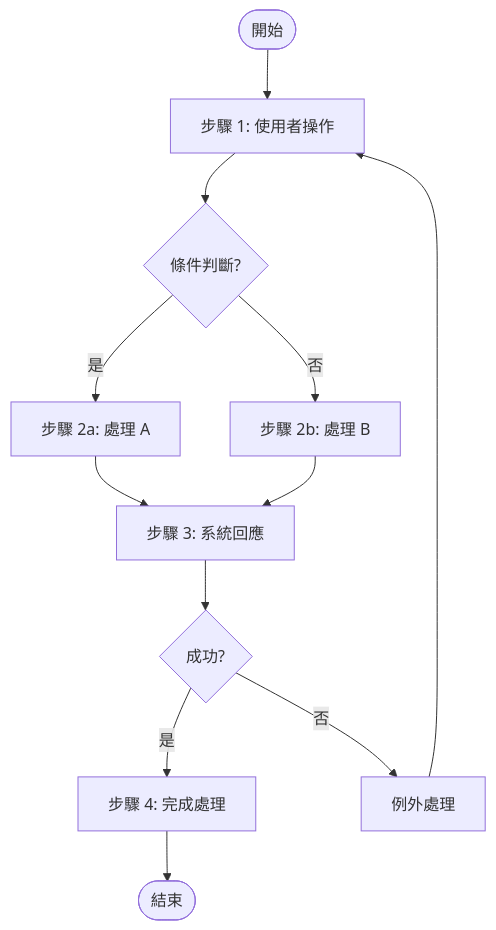
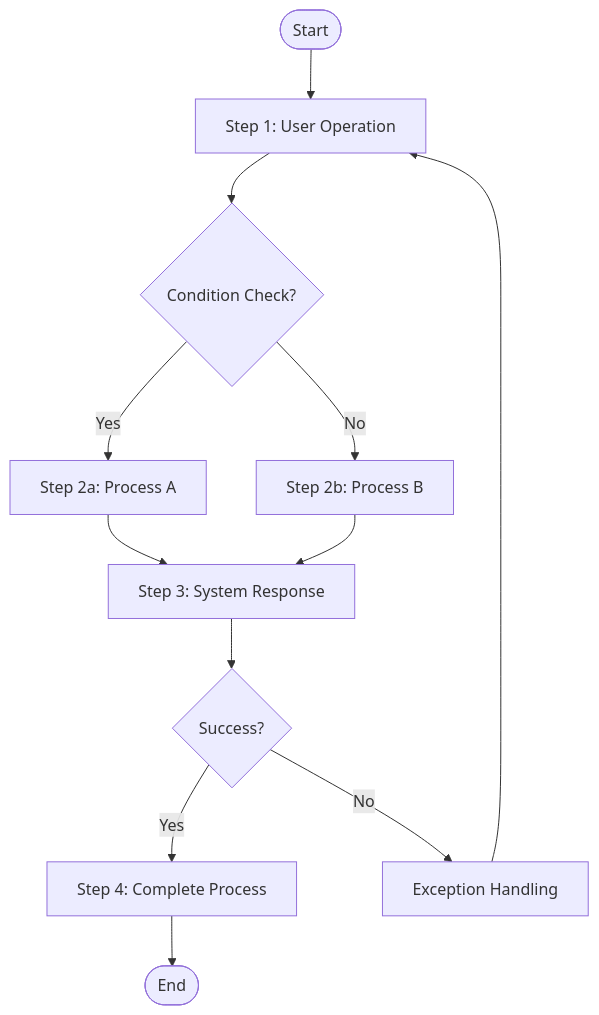
One commit to jrjohn/arcana-skills changed the diagram in medical-software-requirements-skill/references/sdd-template.md. Above: the diagram before and after it, drawn with Mermaid. The commit also changed other lines of this file and 413 other files, not shown here.

````diff
--- a/medical-software-requirements-skill/references/sdd-template.md
+++ b/medical-software-requirements-skill/references/sdd-template.md
@@ -118,14 +118,14 @@
 ```mermaid
 flowchart TD
-    Start([開始]) --> A["步驟 1: 使用者操作"]
-    A --> B{"條件判斷?"}
-    B -->|是| C["步驟 2a: 處理 A"]
-    B -->|否| D["步驟 2b: 處理 B"]
-    C --> E["步驟 3: 系統回應"]
+    Start([Start]) --> A["Step 1: User Operation"]
+    A --> B{"Condition Check?"}
+    B -->|Yes| C["Step 2a: Process A"]
+    B -->|No| D["Step 2b: Process B"]
+    C --> E["Step 3: System Response"]
     D --> E
-    E --> F{"成功?"}
-    F -->|是| G["步驟 4: 完成處理"]
-    F -->|否| H["例外處理"]
+    E --> F{"Success?"}
+    F -->|Yes| G["Step 4: Complete Process"]
+    F -->|No| H["Exception Handling"]
     H --> A
-    G --> End([結束])
+    G --> End([End])
 ```
````
